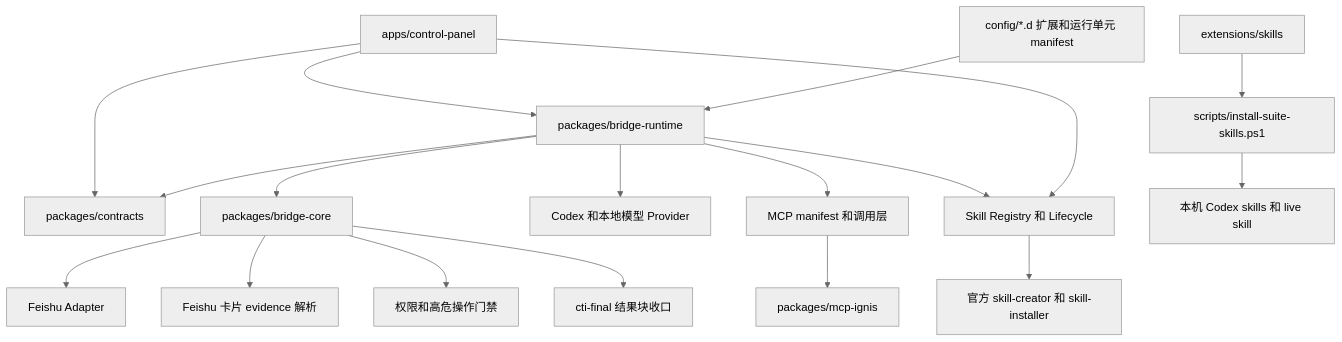
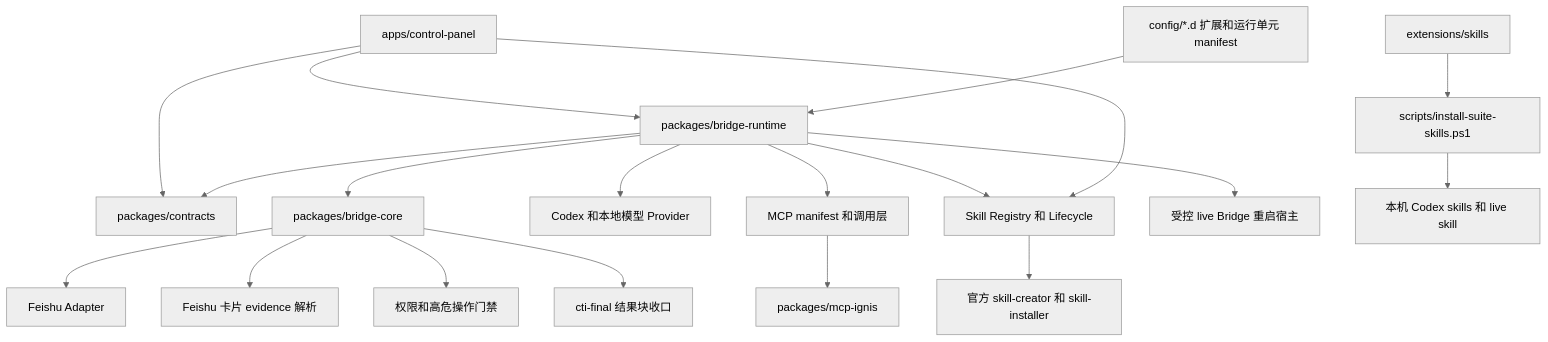
One commit to dddfuxi/codex-im-suite changed the second of 12 diagrams in docs/PROJECT-ARCHITECTURE.md. Above: the diagram before and after it, drawn with Mermaid (neutral theme). The commit also changed other lines of this file and 104 other files, not shown here.

````diff
--- a/docs/PROJECT-ARCHITECTURE.md
+++ b/docs/PROJECT-ARCHITECTURE.md
@@ -57,20 +57,21 @@
 ```mermaid
 flowchart TD
   Panel[apps/control-panel] --> Runtime[packages/bridge-runtime]
   Panel --> Contracts[packages/contracts]
   Runtime --> Contracts
   Runtime --> Core[packages/bridge-core]
   Runtime --> ProviderLayer[Codex 和本地模型 Provider]
   Runtime --> McpLayer[MCP manifest 和调用层]
   Runtime --> SkillLifecycle[Skill Registry 和 Lifecycle]
+  Runtime --> BridgeControl[受控 live Bridge 重启宿主]
   SkillLifecycle --> OfficialSkillTools[官方 skill-creator 和 skill-installer]
   Panel --> SkillLifecycle
   McpLayer --> IgnisPackage[packages/mcp-ignis]
   Core --> FeishuAdapter[Feishu Adapter]
   Core --> FeishuCardEvidence[Feishu 卡片 evidence 解析]
   Core --> PermissionBroker[权限和高危操作门禁]
   Core --> ReplyEnvelope[cti-final 结果块收口]
   Config[config/*.d 扩展和运行单元 manifest] --> Runtime
   Extensions[extensions/skills] --> Scripts[scripts/install-suite-skills.ps1]
   Scripts --> CodexSkills[本机 Codex skills 和 live skill]
 ```
````
